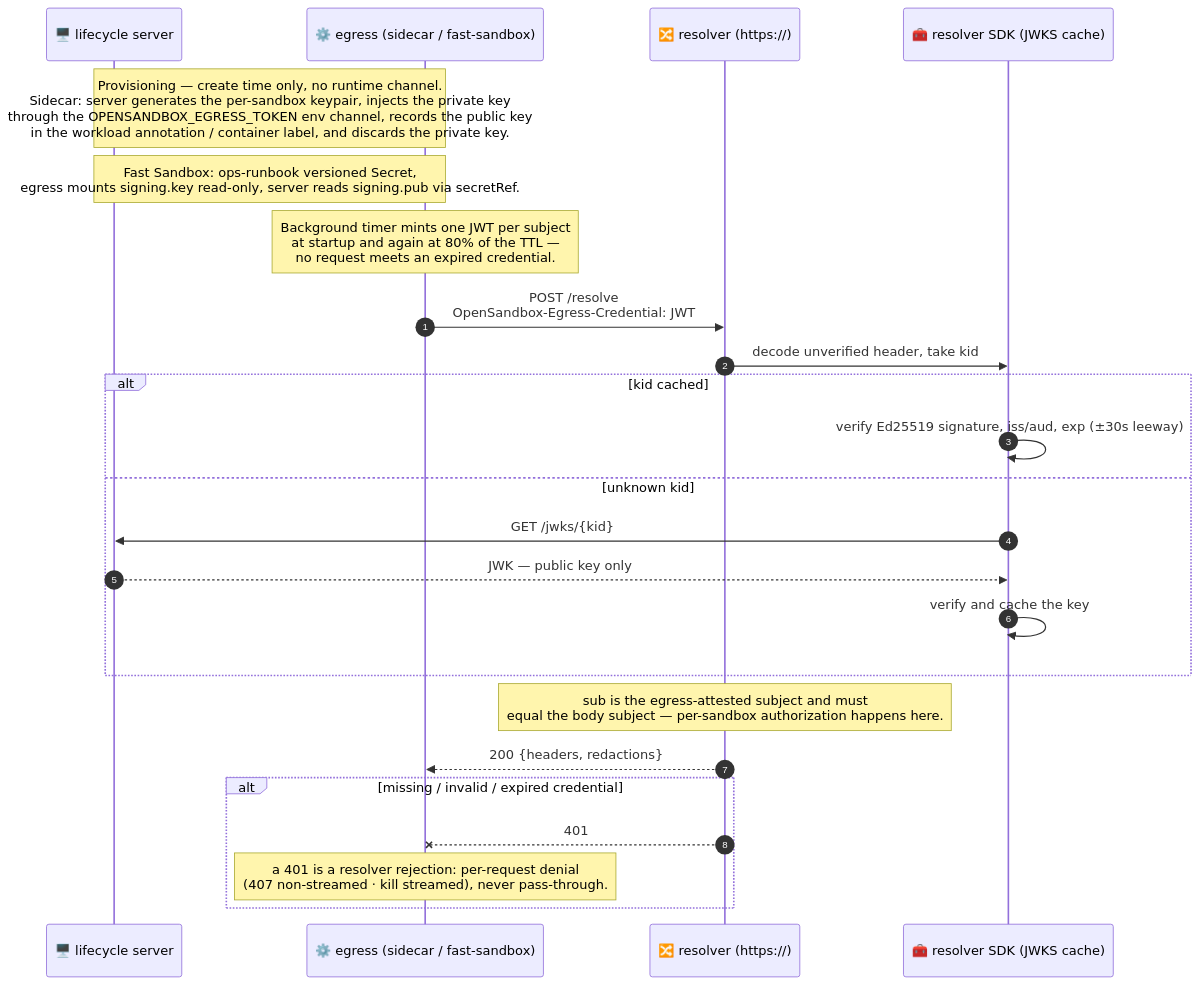
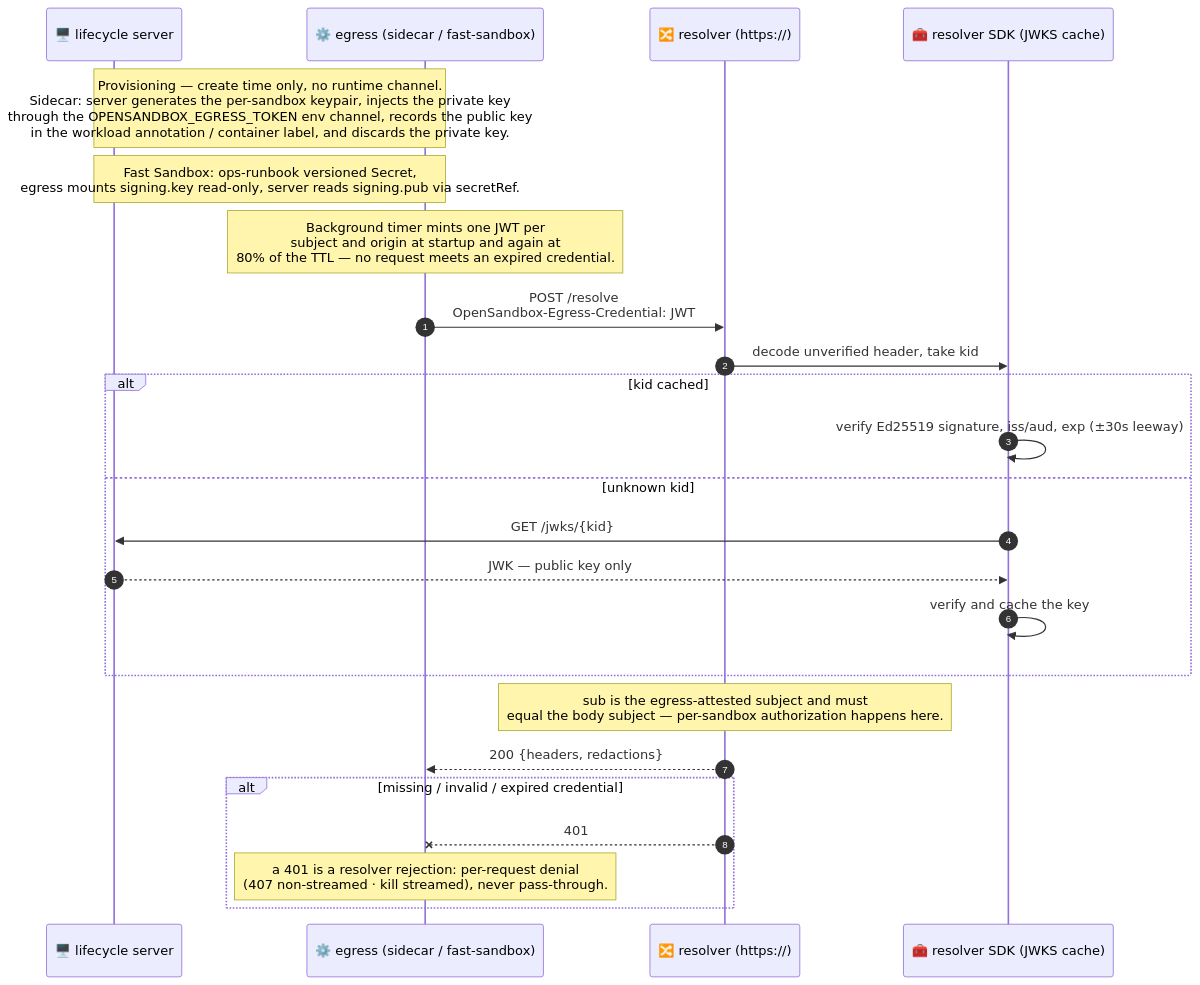
One commit to opensandbox-group/OpenSandbox changed the fourth of 4 diagrams in oseps/0025-credential-vault-provider-spi.md. Above: the diagram before and after it, drawn with Mermaid. The commit also changed other lines of this file, not shown here.

Commit message:
docs(osep): key cache expiry, per-origin JWT cache, pool-scoped secrets (OSEP-0025)

````diff
--- a/oseps/0025-credential-vault-provider-spi.md
+++ b/oseps/0025-credential-vault-provider-spi.md
@@ -378,30 +378,30 @@
 ```mermaid
 sequenceDiagram
     autonumber
     participant Srv as 🖥️ lifecycle server
     participant Egr as ⚙️ egress (sidecar / fast-sandbox)
     participant Res as 🔀 resolver (https://)
     participant SDK as 🧰 resolver SDK (JWKS cache)
 
     Note over Srv,Egr: Provisioning — create time only, no runtime channel.<br/>Sidecar: server generates the per-sandbox keypair, injects the private key<br/>through the OPENSANDBOX_EGRESS_TOKEN env channel, records the public key<br/>in the workload annotation / container label, and discards the private key.
     Note over Srv,Egr: Fast Sandbox: ops-runbook versioned Secret,<br/>egress mounts signing.key read-only, server reads signing.pub via secretRef.
 
-    Note over Egr: Background timer mints one JWT per subject<br/>at startup and again at 80% of the TTL —<br/>no request meets an expired credential.
+    Note over Egr: Background timer mints one JWT per<br/>subject and origin at startup and again at<br/>80% of the TTL — no request meets an expired credential.
 
     Egr->>Res: POST /resolve<br/>OpenSandbox-Egress-Credential: JWT
     Res->>SDK: decode unverified header, take kid
     alt kid cached
         SDK->>SDK: verify Ed25519 signature, iss/aud, exp (±30s leeway)
     else unknown kid
         SDK->>Srv: GET /jwks/{kid}
         Srv-->>SDK: JWK — public key only
         SDK->>SDK: verify and cache the key
     end
     Note over Res: sub is the egress-attested subject and must<br/>equal the body subject — per-sandbox authorization happens here.
     Res-->>Egr: 200 {headers, redactions}
 
     alt missing / invalid / expired credential
         Res--xEgr: 401
         Note over Egr: a 401 is a resolver rejection: per-request denial<br/>(407 non-streamed · kill streamed), never pass-through.
     end
 ```
````
